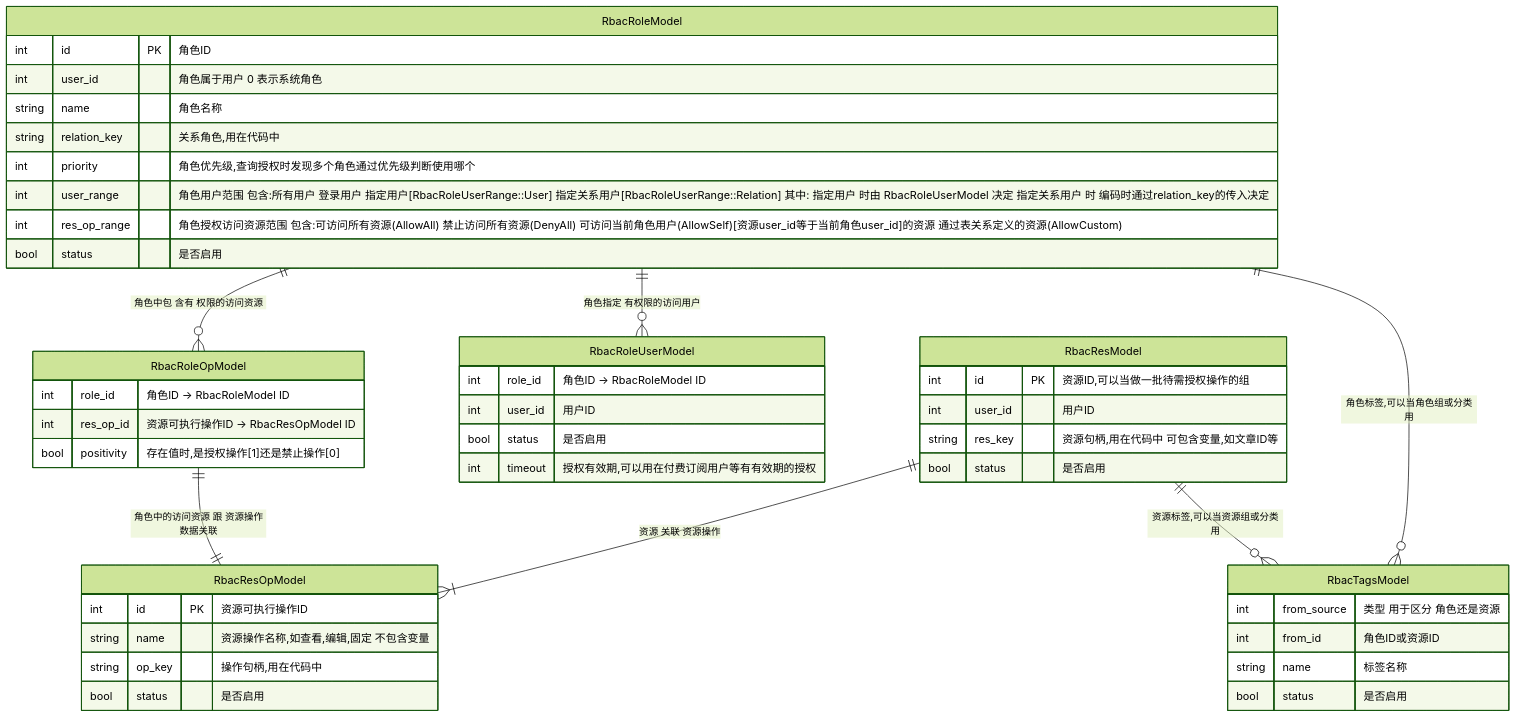
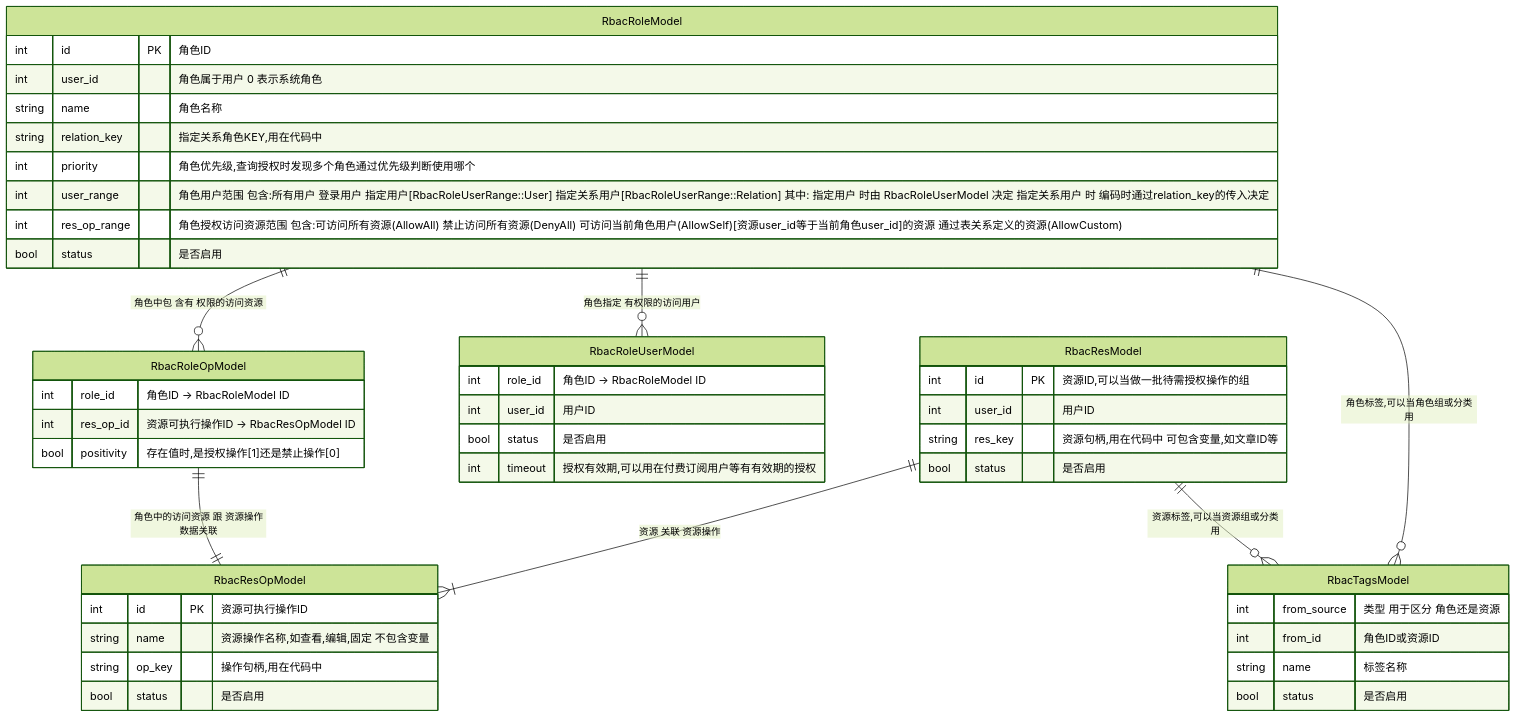
The fourth of 4 diagrams in server/lsys-rbac/README.md (shanliu/lsys), drawn with Mermaid (forest theme) before and after one commit. The commit also changed other lines of this file and 156 other files, not shown here.

````diff
--- a/server/lsys-rbac/README.md
+++ b/server/lsys-rbac/README.md
@@ -21,48 +322,48 @@
 ```mermaid
 erDiagram
     RbacResModel ||--|{ RbacResOpModel : "资源 关联 资源操作"
     RbacResModel{
         int id PK "资源ID,可以当做一批待需授权操作的组"
         int user_id "用户ID"
         string res_key "资源句柄,用在代码中 可包含变量,如文章ID等"
         bool status "是否启用"
     }
     RbacResOpModel{
         int id PK "资源可执行操作ID"
         string name "资源操作名称,如查看,编辑,固定 不包含变量"
         string op_key "操作句柄,用在代码中"
         bool status "是否启用"
     }
     RbacRoleModel ||--o{ RbacRoleUserModel : "角色指定 有权限的访问用户"
     RbacRoleModel ||--o{ RbacRoleOpModel : "角色中包 含有 权限的访问资源"
     RbacRoleOpModel ||--|| RbacResOpModel : "角色中的访问资源 跟 资源操作数据关联"
     RbacRoleModel{
         int id PK "角色ID"
         int user_id "角色属于用户 0 表示系统角色"
         string name "角色名称"
-        string relation_key "关系角色,用在代码中"
+        string relation_key "指定关系角色KEY,用在代码中"
         int priority "角色优先级,查询授权时发现多个角色通过优先级判断使用哪个"
         int user_range "角色用户范围 包含:所有用户 登录用户 指定用户[RbacRoleUserRange::User] 指定关系用户[RbacRoleUserRange::Relation] 其中: 指定用户 时由 RbacRoleUserModel 决定 指定关系用户 时 编码时通过relation_key的传入决定"
         int res_op_range "角色授权访问资源范围 包含:可访问所有资源(AllowAll) 禁止访问所有资源(DenyAll) 可访问当前角色用户(AllowSelf)[资源user_id等于当前角色user_id]的资源 通过表关系定义的资源(AllowCustom)"
         bool status "是否启用"
     }
     RbacRoleOpModel{
         int role_id "角色ID -> RbacRoleModel ID"
         int res_op_id "资源可执行操作ID -> RbacResOpModel ID"
         bool positivity "存在值时,是授权操作[1]还是禁止操作[0]"
     }
     RbacRoleUserModel{
         int role_id "角色ID -> RbacRoleModel ID"
         int user_id "用户ID"
         bool status "是否启用"
         int timeout "授权有效期,可以用在付费订阅用户等有有效期的授权"
     }
     RbacRoleModel ||--o{ RbacTagsModel :"角色标签,可以当角色组或分类用"
     RbacResModel ||--o{ RbacTagsModel :"资源标签,可以当资源组或分类用"
     RbacTagsModel{
         int from_source "类型 用于区分 角色还是资源"
         int from_id "角色ID或资源ID"
         string name "标签名称"
         bool status "是否启用"
     }
 ```
````
